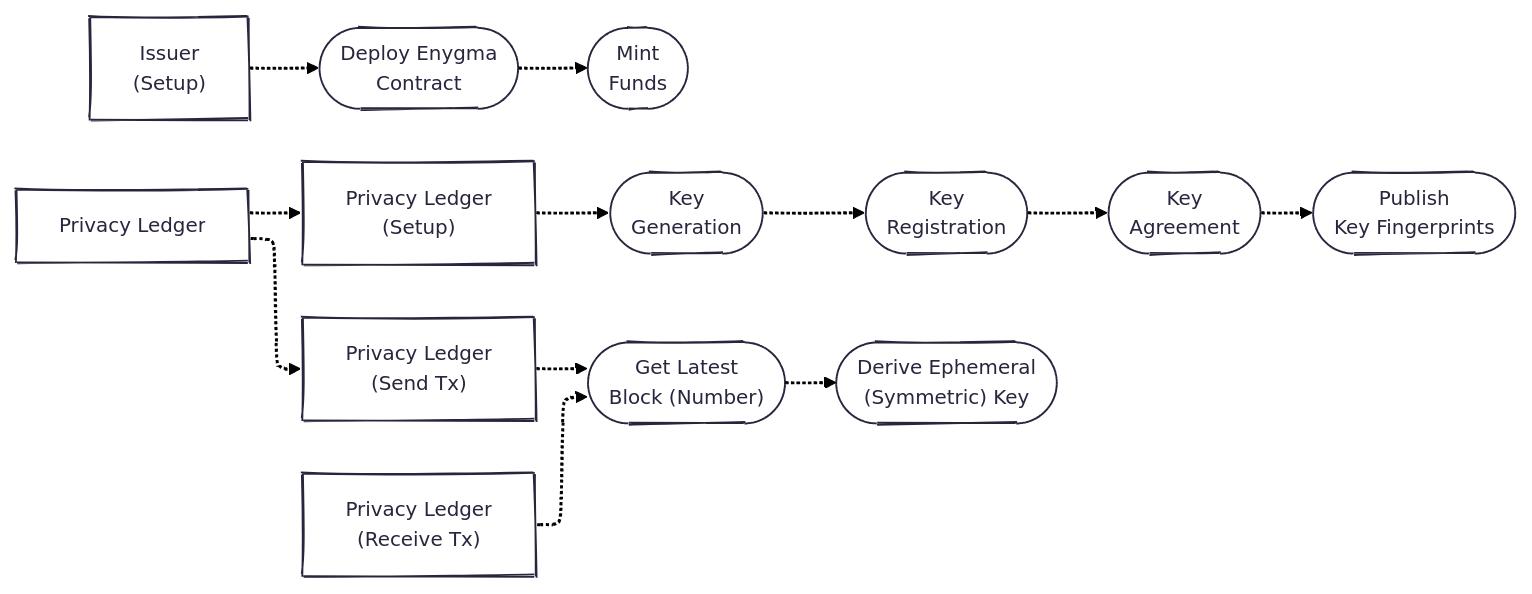
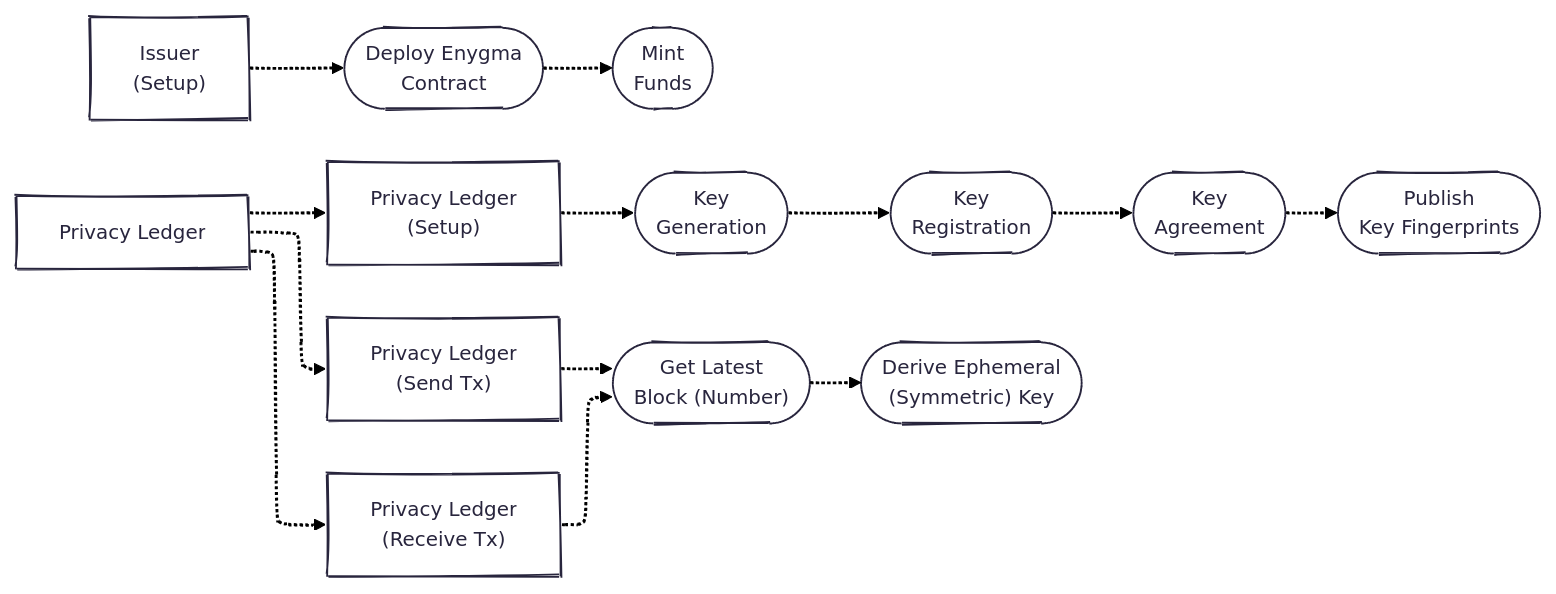
One commit to raylsnetwork/Enygma changed the diagram in enygma_payments/protocol_description.md. Above: the diagram before and after it, drawn with Mermaid.

Commit message:
Add pl_receive to payment flow diagram

````diff
--- a/enygma_payments/protocol_description.md
+++ b/enygma_payments/protocol_description.md
@@ -4,35 +4,35 @@
 ```mermaid
 ---
 config:
   theme: redux
   layout: elk
   look: handDrawn
 ---
 flowchart LR
     i_setup["Issuer<br>(Setup)"]
     deploy(["Deploy Enygma<br>Contract"])
     mint(["Mint<br>Funds"])
 
     pl["Privacy Ledger"]
     pl_setup["Privacy Ledger<br>(Setup)"]
     keygen(["Key<br>Generation"])
     register(["Key<br>Registration"])
     kem(["Key<br>Agreement"])
     publish(["Publish<br>Key Fingerprints"])
 
     pl_send["Privacy Ledger<br>(Send Tx)"]
     getblock(["Get Latest<br>Block (Number)"])
     derivekey(["Derive Ephemeral<br>(Symmetric) Key"])
 
     pl_receive["Privacy Ledger<br>(Receive Tx)"]
 
 
     i_setup -.-> deploy -.-> mint
 
-    pl -.-> pl_setup & pl_send
+    pl -.-> pl_setup & pl_send & pl_receive
 
     pl_setup -.-> keygen -.-> register -.-> kem -.-> publish
     pl_send & pl_receive -.-> getblock -.-> derivekey
 
     
 ```
````
